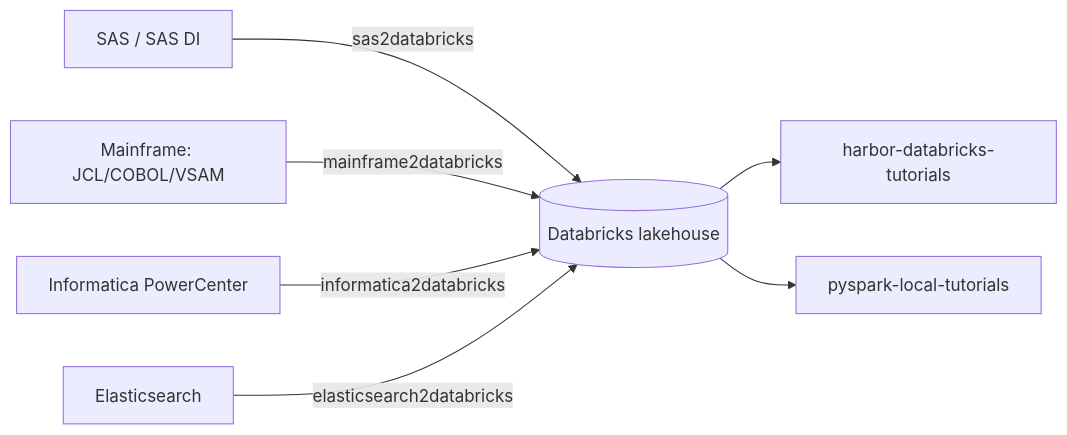
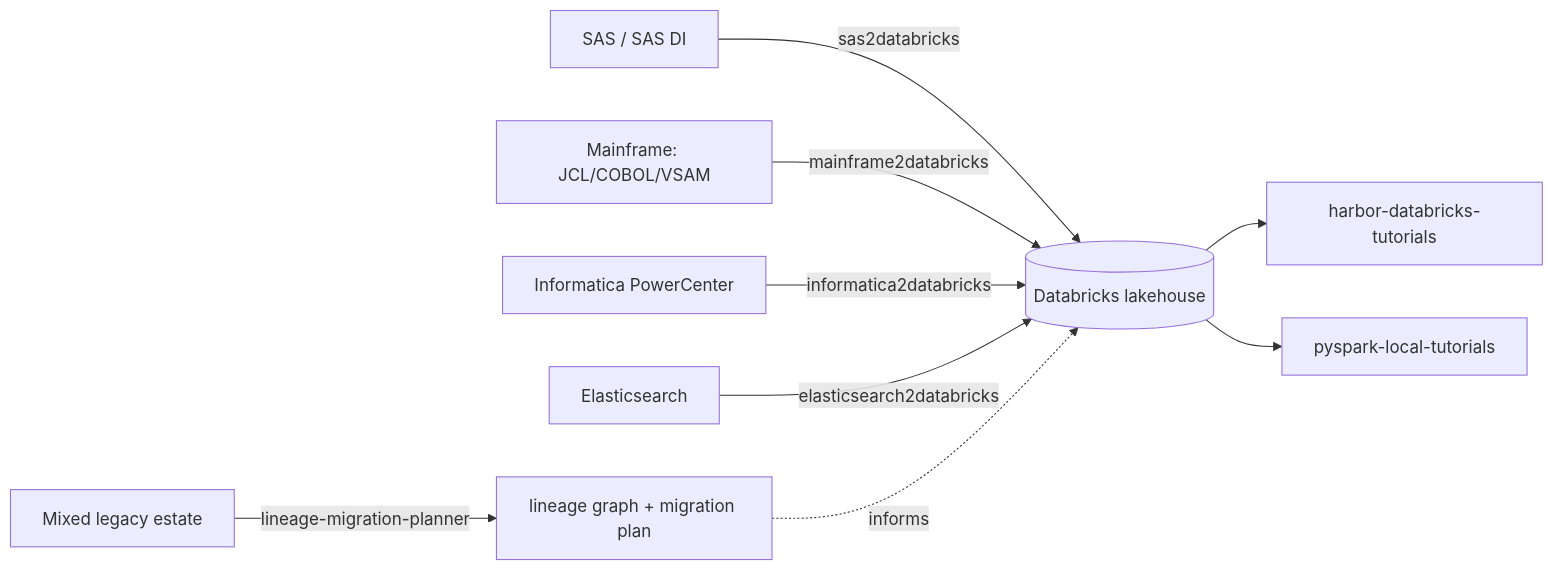
The diagram in README.md (memo8212/migration-demos), drawn with Mermaid before and after one commit. The commit also changed other lines of this file, not shown here.

Commit message:
Add lineage-migration-planner to the family

````diff
--- a/README.md
+++ b/README.md
@@ -7,9 +7,11 @@
 ```mermaid
 flowchart LR
   SAS[SAS / SAS DI] -->|sas2databricks| DBX[(Databricks lakehouse)]
   MF[Mainframe: JCL/COBOL/VSAM] -->|mainframe2databricks| DBX
   PC[Informatica PowerCenter] -->|informatica2databricks| DBX
   ES[Elasticsearch] -->|elasticsearch2databricks| DBX
   DBX --> TUT[harbor-databricks-tutorials]
   DBX --> LOCAL[pyspark-local-tutorials]
+  EST[Mixed legacy estate] -->|lineage-migration-planner| GRAPH[lineage graph + migration plan]
+  GRAPH -. informs .-> DBX
 ```
````
